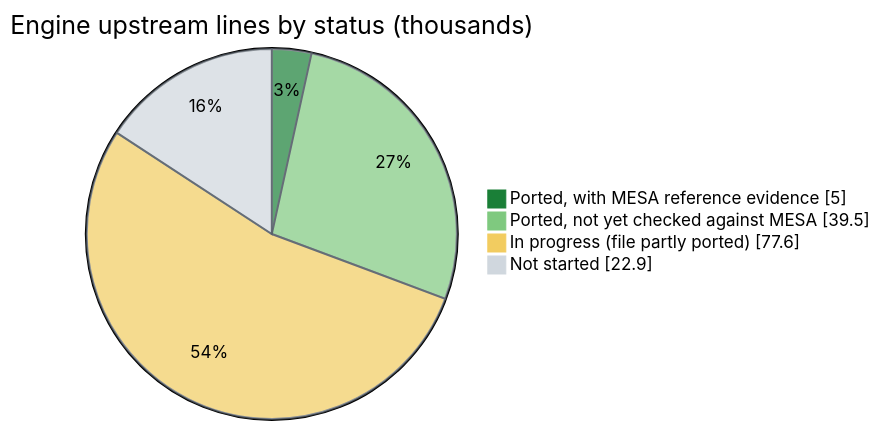
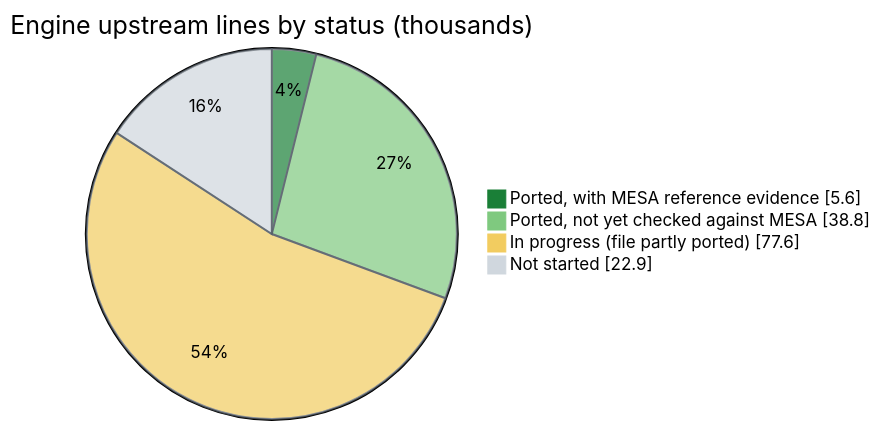
The first of 2 diagrams in README.md (joshspeagle/FlexMESA), drawn with Mermaid before and after one commit. The commit also changed other lines of this file and 5 other files, not shown here.

````diff
--- a/README.md
+++ b/README.md
@@ -27,9 +27,9 @@
 ```mermaid
 %%{init: {'themeVariables': {'pie1': '#1a7f37', 'pie2': '#7fc97f', 'pie3': '#f2cc60', 'pie4': '#d0d7de', 'pieSectionTextColor': '#000000', 'pieStrokeColor': '#57606a'}}}%%
 pie showData
     title Engine upstream lines by status (thousands)
-    "Ported, with MESA reference evidence" : 5.0
-    "Ported, not yet checked against MESA" : 39.5
+    "Ported, with MESA reference evidence" : 5.6
+    "Ported, not yet checked against MESA" : 38.8
     "In progress (file partly ported)" : 77.6
     "Not started" : 22.9
 ```
````
